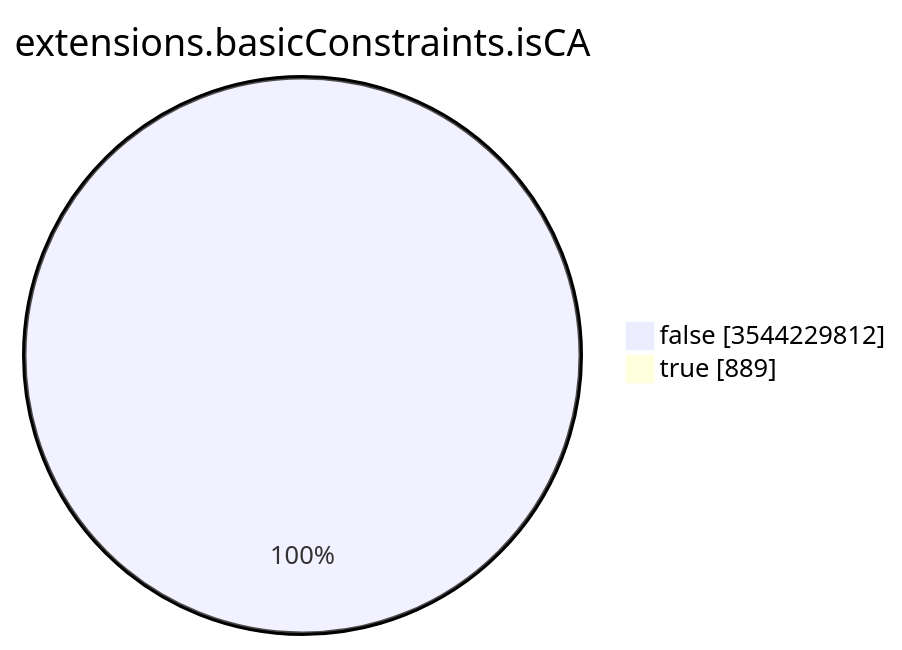
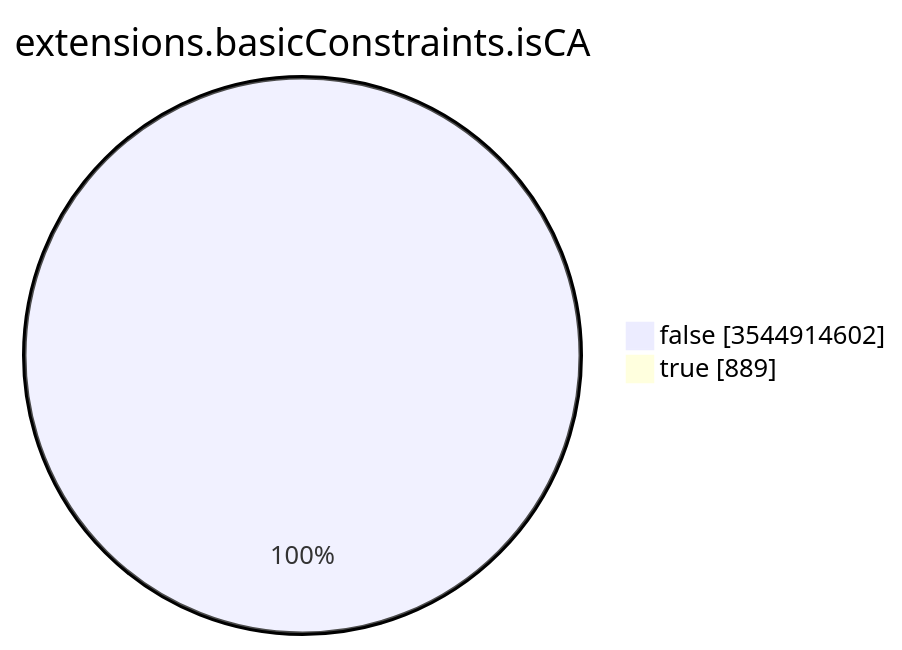
One commit to christiankrug/ctmonitor_visualization changed the seventh of 15 diagrams in TOTAL/README.md. Above: the diagram before and after it, drawn with Mermaid. The commit also changed other lines of this file, not shown here.

````diff
--- a/TOTAL/README.md
+++ b/TOTAL/README.md
@@ -3094,6 +3094,6 @@
 ```mermaid
 pie showData
 title extensions.basicConstraints.isCA
-"false" :3544229812
+"false" :3544914602
 "true" :889
 ```
````
